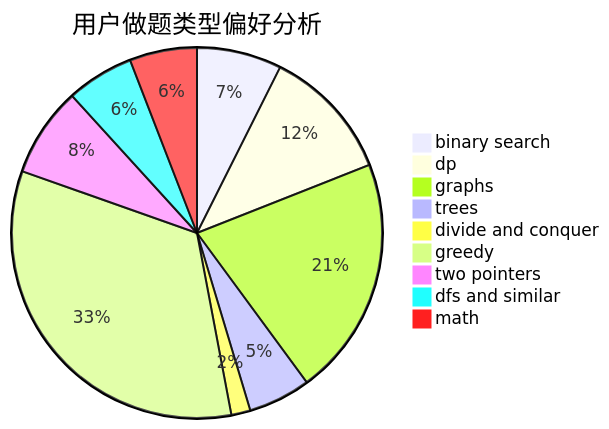
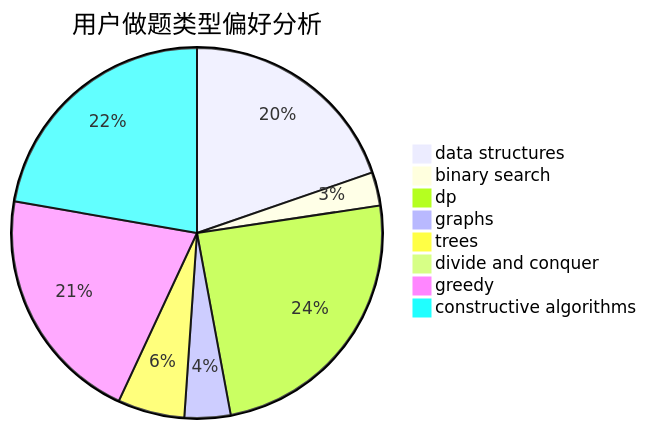
Before and after one commit to sherpahu/cfrs.github.io: the second of 3 diagrams in docs/user/u2554.md, drawn with Mermaid. The commit also changed other lines of this file and 2775 other files, not shown here.

````diff
--- a/docs/user/u2554.md
+++ b/docs/user/u2554.md
@@ -23,12 +23,11 @@
 ```mermaid
 pie title 用户做题类型偏好分析
-    "binary search" :  102
-    "dp" :  160
-    "graphs" :  288
-    "trees" :  75
-    "divide and conquer" :  23
-    "greedy" :  460
-    "two pointers" :  108
-    "dfs and similar" :  81
-    "math" :  81
+    "data structures" :  54
+    "binary search" :  8
+    "dp" :  67
+    "graphs" :  11
+    "trees" :  16
+    "divide and conquer" :  0
+    "greedy" :  57
+    "constructive algorithms" :  61
 ```
````
